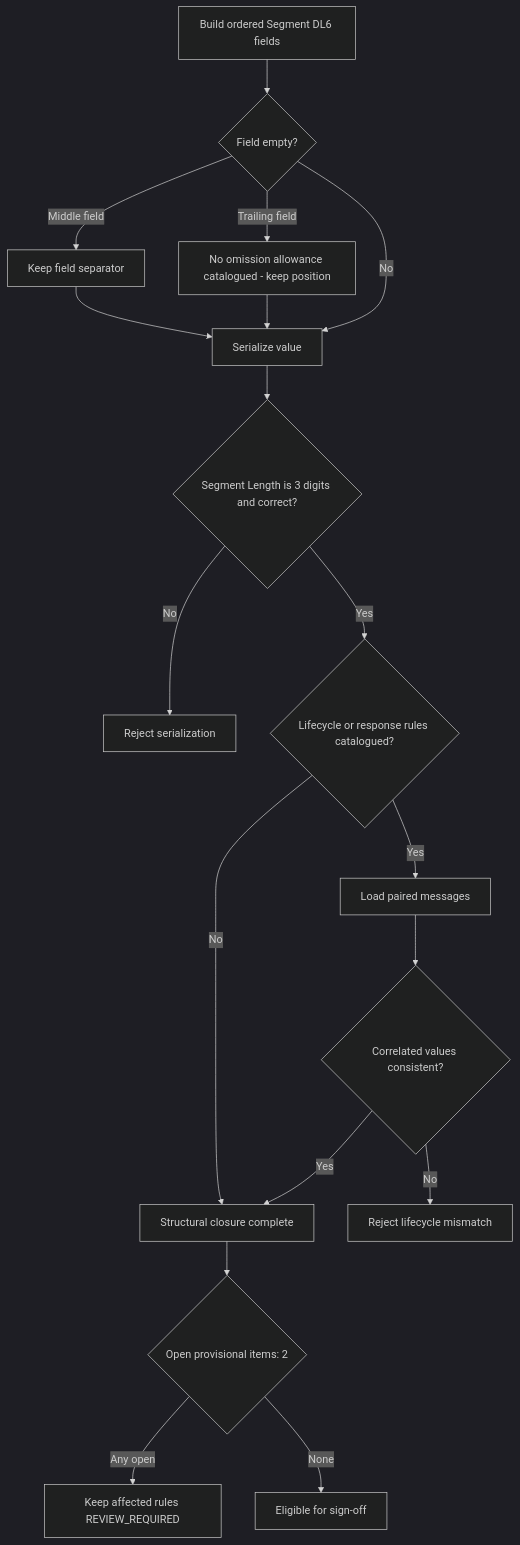
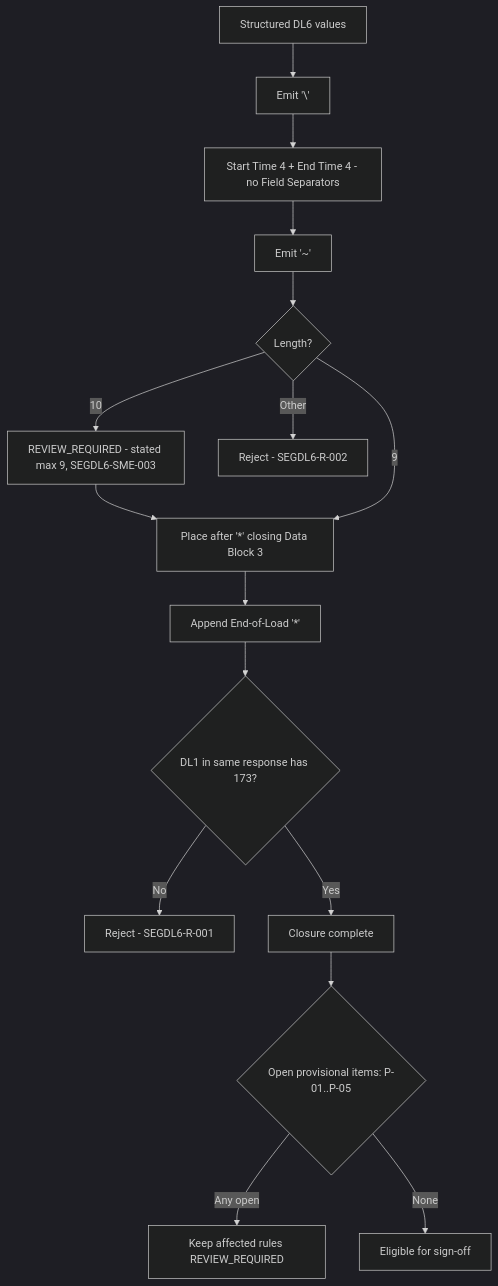
The diagram in regression-artifact-validator/specifications/ATL105/docs/specs/kb/segment-DL6/final-closure-flow.md (DhanSingh-hub/core-auth-ai-validation-framework), drawn with Mermaid (dark theme) before and after one commit. The commit also changed other lines of this file and 28 other files, not shown here.

First line of the commit message:
docs(segment-DL6): retrain KB module against Segment 100 and the 11.7.1.2 Table Load Data Block 4

````diff
--- a/regression-artifact-validator/specifications/ATL105/docs/specs/kb/segment-DL6/final-closure-flow.md
+++ b/regression-artifact-validator/specifications/ATL105/docs/specs/kb/segment-DL6/final-closure-flow.md
@@ -3,21 +3,18 @@
 ```mermaid
 flowchart TD
-    A[Build ordered Segment DL6 fields] --> B{Field empty?}
-    B -->|Middle field| C[Keep field separator]
-    B -->|Trailing field| D[No omission allowance catalogued - keep position]
-    C --> F
-    D --> F
-    B -->|No| F[Serialize value]
-    F --> G{Segment Length is 3 digits and correct?}
-    G -->|No| X1[Reject serialization]
-    G -->|Yes| I
-    I{Lifecycle or response rules catalogued?}
-    I -->|No| Z[Structural closure complete]
-    I -->|Yes| J[Load paired messages]
-    J --> K{Correlated values consistent?}
-    K -->|No| X2[Reject lifecycle mismatch]
-    K -->|Yes| Z
-    Z --> P{Open provisional items: 2}
+    A[Structured DL6 values] --> B["Emit '\'"]
+    B --> C[Start Time 4 + End Time 4 - no Field Separators]
+    C --> D["Emit '~'"]
+    D --> E{Length?}
+    E -->|10| R1[REVIEW_REQUIRED - stated max 9, SEGDL6-SME-003]
+    E -->|Other| X1[Reject - SEGDL6-R-002]
+    R1 --> F
+    E -->|9| F[Place after '*' closing Data Block 3]
+    F --> G["Append End-of-Load '*'"]
+    G --> H{DL1 in same response has 173?}
+    H -->|No| X2[Reject - SEGDL6-R-001]
+    H -->|Yes| Z[Closure complete]
+    Z --> P{Open provisional items: P-01..P-05}
     P -->|Any open| R[Keep affected rules REVIEW_REQUIRED]
     P -->|None| S[Eligible for sign-off]
 ```
````
